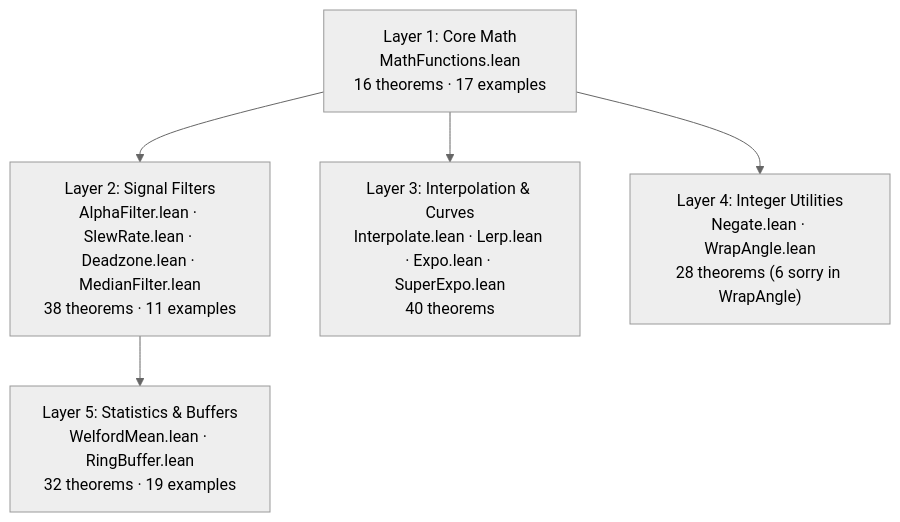
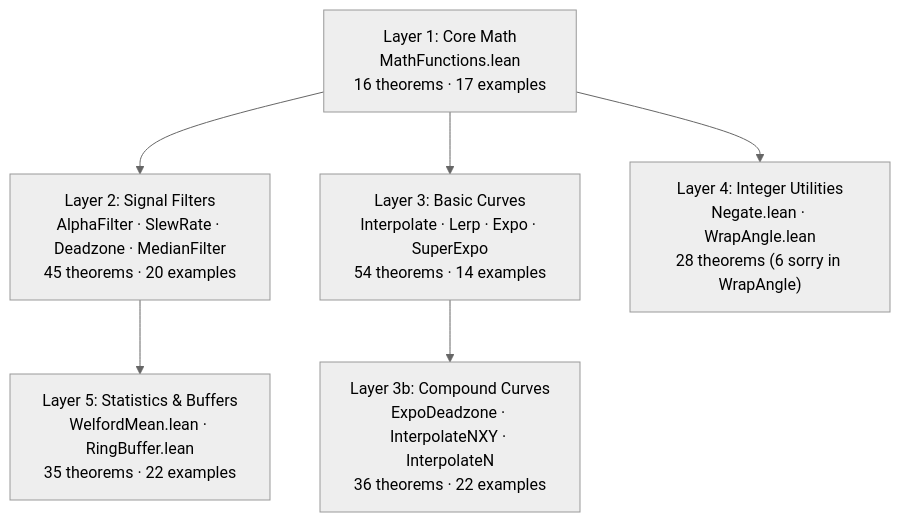
Before and after one commit to dsyme/PX4-Autopilot: the first of 12 diagrams in formal-verification/REPORT.md, drawn with Mermaid (neutral theme). The commit also changed other lines of this file and 1 other file, not shown here.

First line of the commit message:
docs(formal-verification): update REPORT.md to 214 theorems; add Hysteresis informal spec

````diff
--- a/formal-verification/REPORT.md
+++ b/formal-verification/REPORT.md
@@ -33,12 +34,14 @@
 ```mermaid
 graph TD
     L1["Layer 1: Core Math<br/>MathFunctions.lean<br/>16 theorems · 17 examples"]
-    L2a["Layer 2: Signal Filters<br/>AlphaFilter.lean · SlewRate.lean · Deadzone.lean · MedianFilter.lean<br/>38 theorems · 11 examples"]
-    L2b["Layer 3: Interpolation & Curves<br/>Interpolate.lean · Lerp.lean · Expo.lean · SuperExpo.lean<br/>40 theorems"]
+    L2a["Layer 2: Signal Filters<br/>AlphaFilter · SlewRate · Deadzone · MedianFilter<br/>45 theorems · 20 examples"]
+    L2b["Layer 3: Basic Curves<br/>Interpolate · Lerp · Expo · SuperExpo<br/>54 theorems · 14 examples"]
+    L2c["Layer 3b: Compound Curves<br/>ExpoDeadzone · InterpolateNXY · InterpolateN<br/>36 theorems · 22 examples"]
     L4["Layer 4: Integer Utilities<br/>Negate.lean · WrapAngle.lean<br/>28 theorems (6 sorry in WrapAngle)"]
-    L5["Layer 5: Statistics & Buffers<br/>WelfordMean.lean · RingBuffer.lean<br/>32 theorems · 19 examples"]
+    L5["Layer 5: Statistics & Buffers<br/>WelfordMean.lean · RingBuffer.lean<br/>35 theorems · 22 examples"]
     L1 --> L2a
     L1 --> L2b
+    L2b --> L2c
     L1 --> L4
     L2a --> L5
 ```
````
